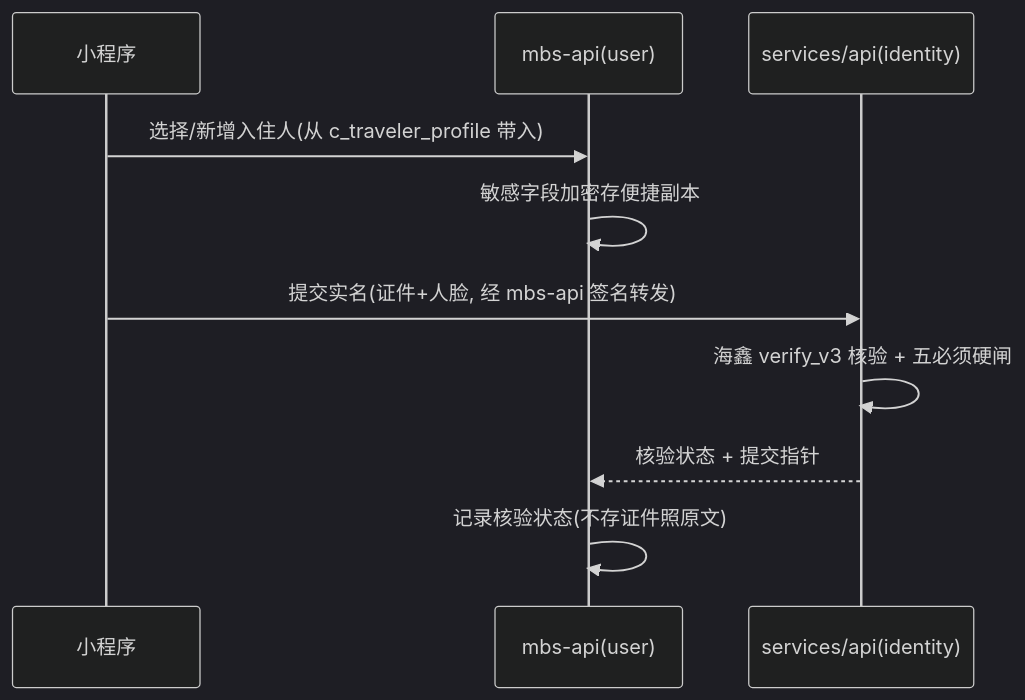
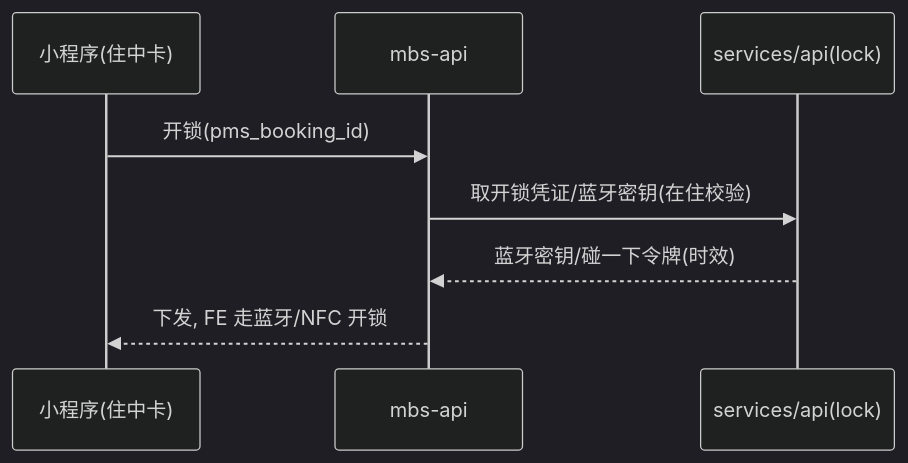
The fifth of 6 diagrams in product/prototype/mbs-web-mp/design/04-架构设计.md (wangyw518/cursorweb), drawn with Mermaid (dark theme) before and after one commit. The commit also changed other lines of this file and 5 other files, not shown here.

````diff
--- a/product/prototype/mbs-web-mp/design/04-架构设计.md
+++ b/product/prototype/mbs-web-mp/design/04-架构设计.md
@@ -146,13 +145,10 @@
 ```mermaid
 sequenceDiagram
-  participant FE as 小程序
-  participant MBS as mbs-api(user)
-  participant PMS as services/api(identity)
-
-  FE->>MBS: 选择/新增入住人(从 c_traveler_profile 带入)
-  MBS->>MBS: 敏感字段加密存便捷副本
-  FE->>PMS: 提交实名(证件+人脸, 经 mbs-api 签名转发)
-  PMS->>PMS: 海鑫 verify_v3 核验 + 五必须硬闸
-  PMS-->>MBS: 核验状态 + 提交指针
-  MBS->>MBS: 记录核验状态(不存证件照原文)
+  participant FE as 小程序(住中卡)
+  participant MBS as mbs-api
+  participant PMS as services/api(lock)
+  FE->>MBS: 开锁(pms_booking_id)
+  MBS->>PMS: 取开锁凭证/蓝牙密钥(在住校验)
+  PMS-->>MBS: 蓝牙密钥/碰一下令牌(时效)
+  MBS-->>FE: 下发, FE 走蓝牙/NFC 开锁
 ```
````
